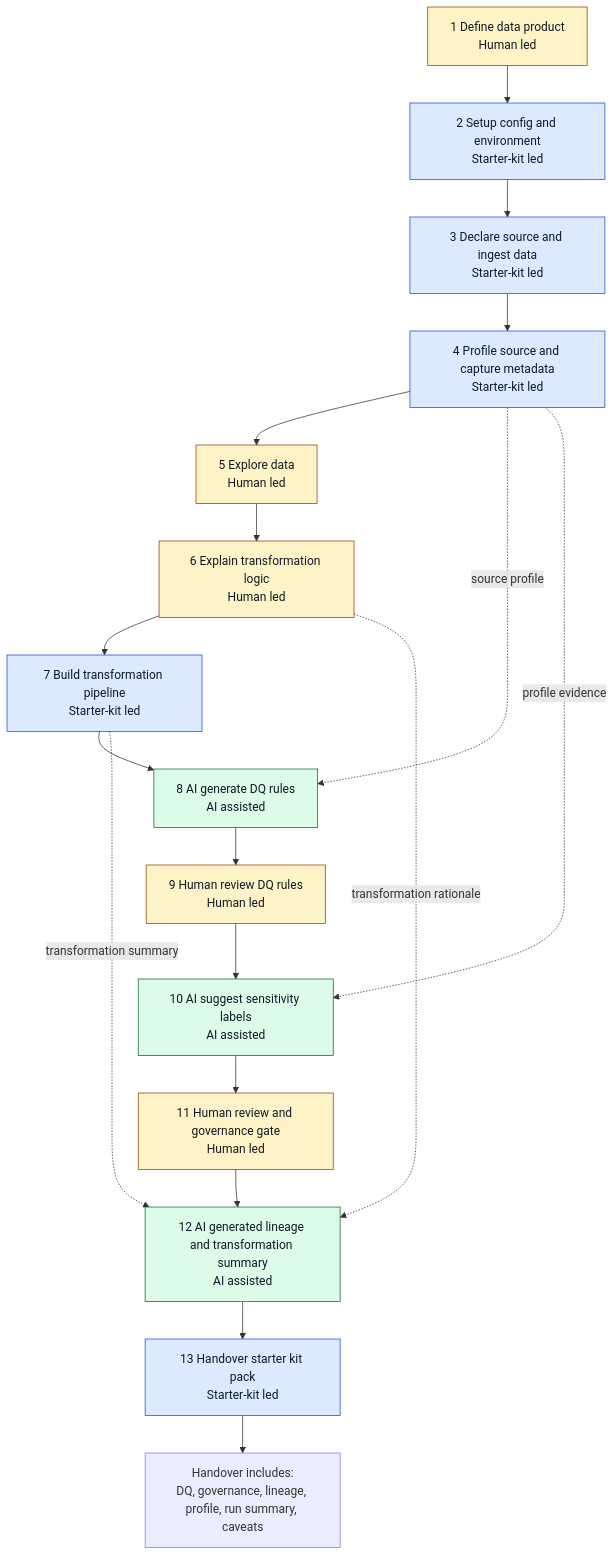
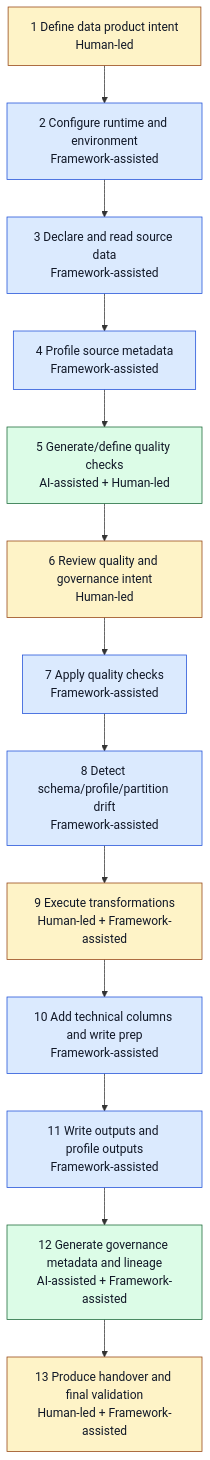
Before and after one commit to Voycepeh/fabric-data-product-framework: the diagram in docs/lifecycle-operating-model.md, drawn with Mermaid. The commit also changed other lines of this file and 25 other files, not shown here.

````diff
--- a/docs/lifecycle-operating-model.md
+++ b/docs/lifecycle-operating-model.md
@@ -14,30 +13,23 @@
 ```mermaid
 flowchart TD
-    A[1 Define data product\nHuman led] --> B[2 Setup config and environment\nStarter-kit led]
-    B --> C[3 Declare source and ingest data\nStarter-kit led]
-    C --> D[4 Profile source and capture metadata\nStarter-kit led]
-    D --> E[5 Explore data\nHuman led]
-    E --> F[6 Explain transformation logic\nHuman led]
-    F --> G[7 Build transformation pipeline\nStarter-kit led]
-    G --> H[8 AI generate DQ rules\nAI assisted]
-    H --> I[9 Human review DQ rules\nHuman led]
-    I --> J[10 AI suggest sensitivity labels\nAI assisted]
-    J --> K[11 Human review and governance gate\nHuman led]
-    K --> L[12 AI generated lineage and transformation summary\nAI assisted]
-    L --> M[13 Handover starter kit pack\nStarter-kit led]
-
-    D -. source profile .-> H
-    D -. profile evidence .-> J
-    F -. transformation rationale .-> L
-    G -. transformation summary .-> L
-
-    M --> N[Handover includes:\nDQ, governance, lineage, profile, run summary, caveats]
+    A[1 Define data product intent\nHuman-led] --> B[2 Configure runtime and environment\nFramework-assisted]
+    B --> C[3 Declare and read source data\nFramework-assisted]
+    C --> D[4 Profile source metadata\nFramework-assisted]
+    D --> E[5 Generate/define quality checks\nAI-assisted + Human-led]
+    E --> F[6 Review quality and governance intent\nHuman-led]
+    F --> G[7 Apply quality checks\nFramework-assisted]
+    G --> H[8 Detect schema/profile/partition drift\nFramework-assisted]
+    H --> I[9 Execute transformations\nHuman-led + Framework-assisted]
+    I --> J[10 Add technical columns and write prep\nFramework-assisted]
+    J --> K[11 Write outputs and profile outputs\nFramework-assisted]
+    K --> L[12 Generate governance metadata and lineage\nAI-assisted + Framework-assisted]
+    L --> M[13 Produce handover and final validation\nHuman-led + Framework-assisted]
 
     classDef human fill:#fef3c7,stroke:#92400e,color:#111827;
     classDef framework fill:#dbeafe,stroke:#1d4ed8,color:#111827;
     classDef ai fill:#dcfce7,stroke:#166534,color:#111827;
 
-    class A,E,F,I,K human;
-    class B,C,D,G,M framework;
-    class H,J,L ai;
+    class A,F,I,M human;
+    class B,C,D,G,H,J,K framework;
+    class E,L ai;
 ```
````
